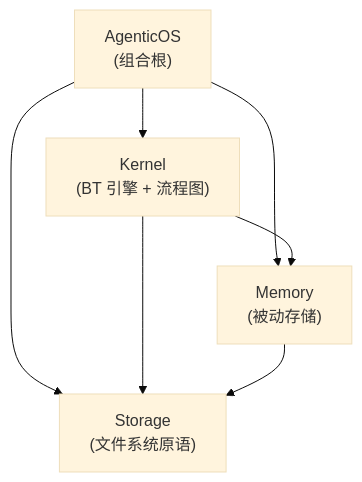
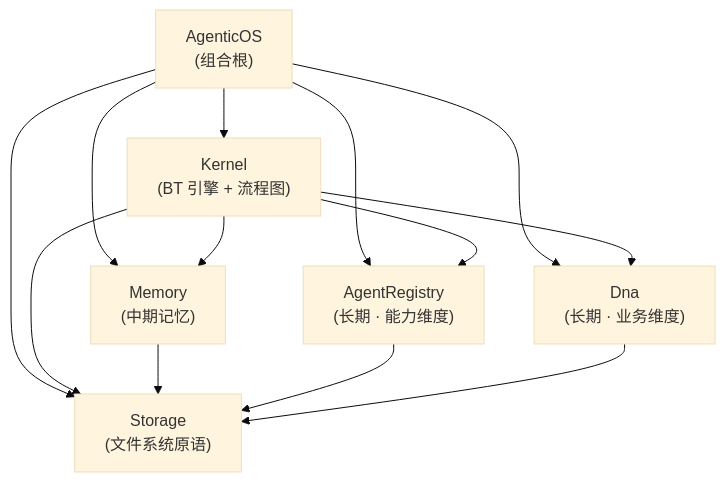
The diagram in v2/cbim/Assets/CBIM/.dna/module.md (nan023062/agent-team-cc), drawn with Mermaid (base theme) before and after one commit. The commit also changed other lines of this file and 10 other files, not shown here.

````diff
--- a/v2/cbim/Assets/CBIM/.dna/module.md
+++ b/v2/cbim/Assets/CBIM/.dna/module.md
@@ -27,14 +41,24 @@
 ```mermaid
 flowchart TD
     AgenticOS["AgenticOS<br/>(组合根)"]
     Kernel["Kernel<br/>(BT 引擎 + 流程图)"]
-    Memory["Memory<br/>(被动存储)"]
+    Memory["Memory<br/>(中期记忆)"]
+    AgentRegistry["AgentRegistry<br/>(长期 · 能力维度)"]
+    Dna["Dna<br/>(长期 · 业务维度)"]
     Storage["Storage<br/>(文件系统原语)"]
 
     AgenticOS --> Kernel
     AgenticOS --> Memory
+    AgenticOS --> AgentRegistry
+    AgenticOS --> Dna
     AgenticOS --> Storage
+
     Kernel --> Memory
+    Kernel --> AgentRegistry
+    Kernel --> Dna
     Kernel --> Storage
+
     Memory --> Storage
+    AgentRegistry --> Storage
+    Dna --> Storage
 ```
````
